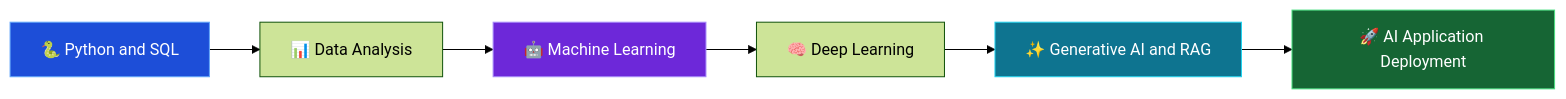
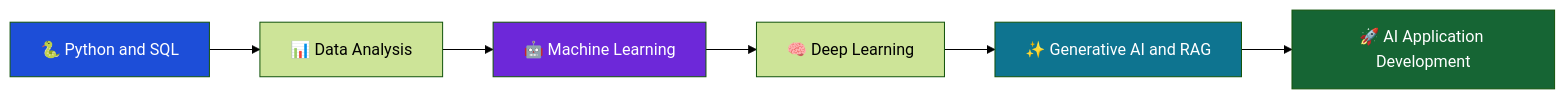
Before and after one commit to naveen057/naveen057: the third of 3 diagrams in README.md, drawn with Mermaid (forest theme). The commit also changed other lines of this file, not shown here.

````diff
--- a/README.md
+++ b/README.md
@@ -161,13 +277,13 @@
 ```mermaid
 flowchart LR
     A["🐍 Python and SQL"] --> B["📊 Data Analysis"]
     B --> C["🤖 Machine Learning"]
     C --> D["🧠 Deep Learning"]
     D --> E["✨ Generative AI and RAG"]
-    E --> F["🚀 AI Application Deployment"]
+    E --> F["🚀 AI Application Development"]
 
-    style A fill:#1D4ED8,color:#FFFFFF,stroke:#60A5FA
-    style C fill:#6D28D9,color:#FFFFFF,stroke:#A78BFA
-    style E fill:#0E7490,color:#FFFFFF,stroke:#22D3EE
-    style F fill:#166534,color:#FFFFFF,stroke:#4ADE80
+    style A fill:#1D4ED8,color:#FFFFFF
+    style C fill:#6D28D9,color:#FFFFFF
+    style E fill:#0E7490,color:#FFFFFF
+    style F fill:#166534,color:#FFFFFF
 ```
````
